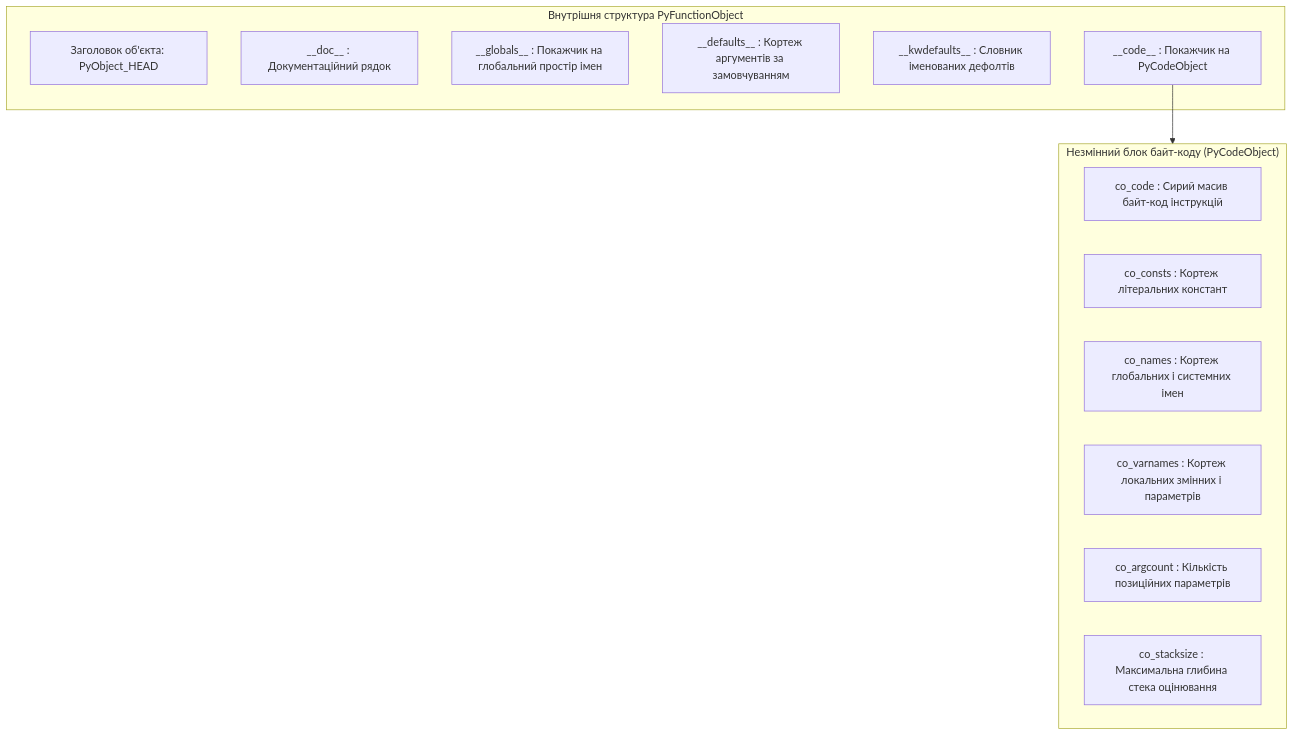
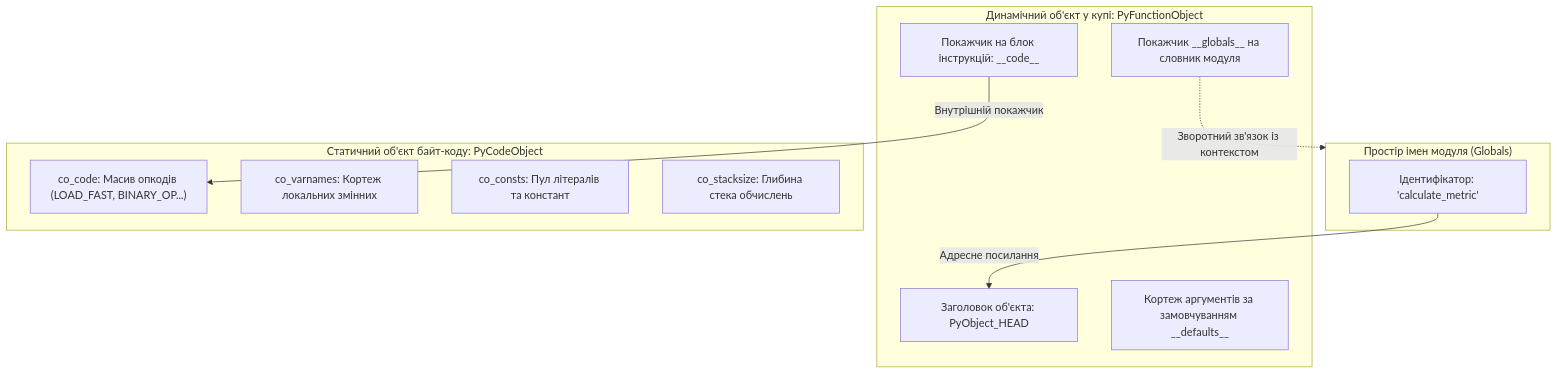
Before and after one commit to KyryloVadurin/python-programming: the first of 5 diagrams in docs/lk/lk6.md, drawn with Mermaid. The commit also changed other lines of this file, not shown here.

````diff
--- a/docs/lk/lk6.md
+++ b/docs/lk/lk6.md
@@ -13,22 +43,24 @@
 ```mermaid
 flowchart TD
-    subgraph PyFunctionObject_Structure["Внутрішня структура PyFunctionObject"]
-        Head["Заголовок об'єкта: PyObject_HEAD"]
-        FuncDoc["__doc__ : Документаційний рядок"]
-        FuncGlobals["__globals__ : Покажчик на глобальний простір імен"]
-        FuncDefaults["__defaults__ : Кортеж аргументів за замовчуванням"]
-        FuncKwDefaults["__kwdefaults__ : Словник іменованих дефолтів"]
-        FuncCode["__code__ : Покажчик на PyCodeObject"]
+    subgraph ExecutionEnvironment["Простір імен модуля (Globals)"]
+        SymbolName["Ідентифікатор: 'calculate_metric'"]
     end
 
-    subgraph PyCodeObject_Structure["Незмінний блок байт-коду (PyCodeObject)"]
-        CoCode["co_code : Сирий масив байт-код інструкцій"]
-        CoConsts["co_consts : Кортеж літеральних констант"]
-        CoNames["co_names : Кортеж глобальних і системних імен"]
-        CoVarnames["co_varnames : Кортеж локальних змінних і параметрів"]
-        CoArgcount["co_argcount : Кількість позиційних параметрів"]
-        CoStacksize["co_stacksize : Максимальна глибина стека оцінювання"]
+    subgraph HeapFunction["Динамічний об'єкт у купі: PyFunctionObject"]
+        FuncHeader["Заголовок об'єкта: PyObject_HEAD"]
+        FuncGlobals["Покажчик __globals__ на словник модуля"]
+        FuncDefaults["Кортеж аргументів за замовчуванням __defaults__"]
+        FuncCodePtr["Покажчик на блок інструкцій: __code__"]
     end
 
-    FuncCode --> PyCodeObject_Structure
+    subgraph HeapCode["Статичний об'єкт байт-коду: PyCodeObject"]
+        BytecodeOps["co_code: Масив опкодів (LOAD_FAST, BINARY_OP...)"]
+        LocalVars["co_varnames: Кортеж локальних змінних"]
+        ConstPool["co_consts: Пул літералів та констант"]
+        StackMetrics["co_stacksize: Глибина стека обчислень"]
+    end
+
+    SymbolName -->|Адресне посилання| FuncHeader
+    FuncCodePtr -->|Внутрішній покажчик| BytecodeOps
+    FuncGlobals -.->|Зворотний зв'язок із контекстом| ExecutionEnvironment
 ```
````
